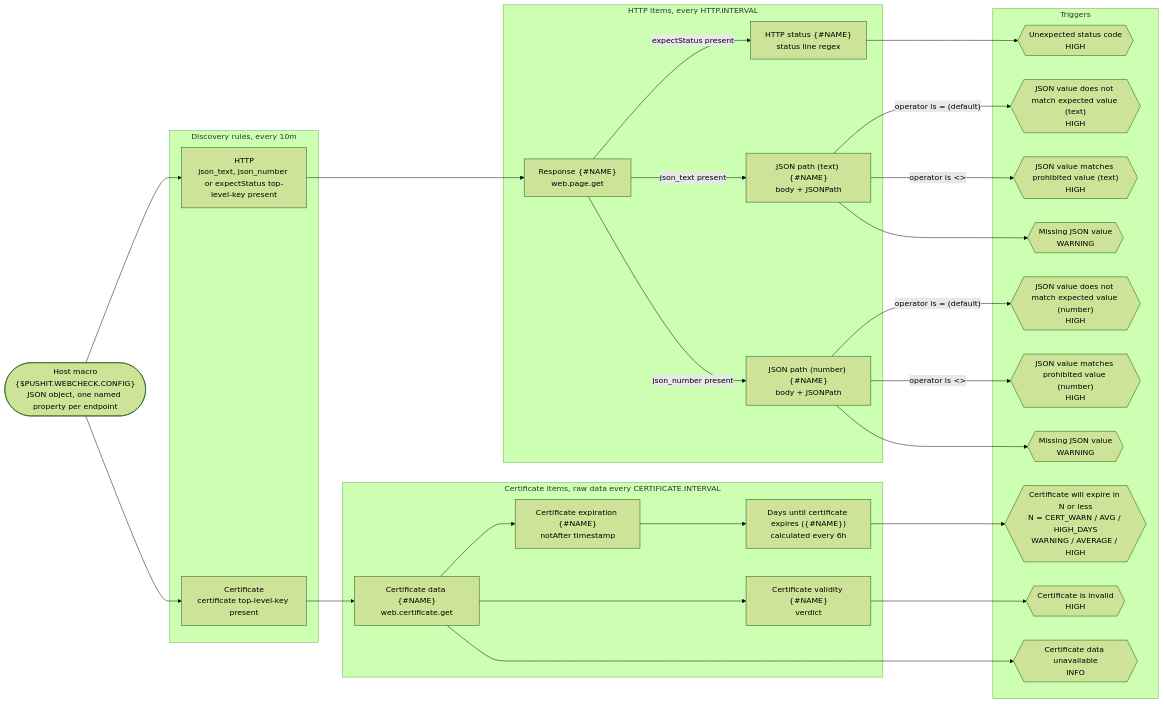
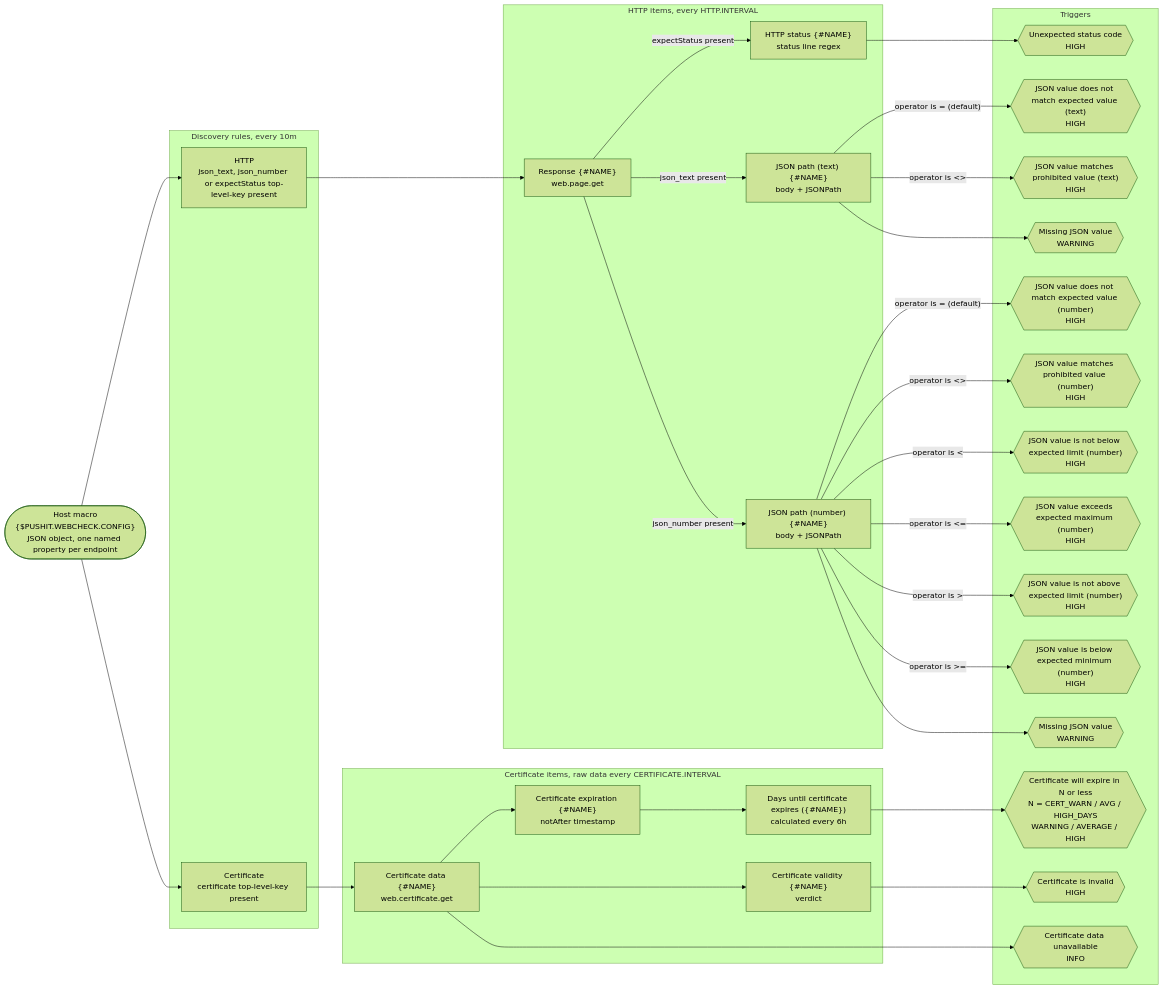
Before and after one commit to we-push-it/zabbix-web-check: the diagram in README.md, drawn with Mermaid (forest theme). The commit also changed other lines of this file and 3 other files, not shown here.

````diff
--- a/README.md
+++ b/README.md
@@ -52,55 +52,63 @@
 ```mermaid
 flowchart LR
     CFG(["Host macro<br/>{$PUSHIT.WEBCHECK.CONFIG}<br/>JSON object, one named property per endpoint"])
 
     subgraph DISCOVERY ["Discovery rules, every 10m"]
         DRULE_HTTP["HTTP<br/>json_text, json_number or expectStatus top-level-key present"]
         DRULE_CERT["Certificate<br/>certificate top-level-key present"]
     end
 
     subgraph HTTP ["HTTP items, every HTTP.INTERVAL"]
         ITM_HTTP_RAW["Response {#NAME}<br/>web.page.get"]
         ITM_HTTP_STATUS["HTTP status {#NAME}<br/>status line regex"]
         ITM_JSON_TXT["JSON path (text) {#NAME}<br/>body + JSONPath"]
         ITM_JSON_NUM["JSON path (number) {#NAME}<br/>body + JSONPath"]
     end
 
     subgraph CERTIFICATE ["Certificate items, raw data every CERTIFICATE.INTERVAL"]
         ITM_CERT_RAW["Certificate data {#NAME}<br/>web.certificate.get"]
         ITM_CERT_NOT_AFTER["Certificate expiration {#NAME}<br/>notAfter timestamp"]
         ITM_CERT_VALIDITY["Certificate validity {#NAME}<br/>verdict"]
         ITM_CERT_DAYS_REMAIN["Days until certificate expires ({#NAME})<br/>calculated every 6h"]
     end
 
     subgraph TRG ["Triggers"]
         TRG_STATUS_NOT_MATCH{{"Unexpected status code<br/>HIGH"}}
         TRG_TXT_NOT_MATCH{{"JSON value does not match expected value (text)<br/>HIGH"}}
         TRG_NUM_NOT_MATCH{{"JSON value does not match expected value (number)<br/>HIGH"}}
         TRG_TXT_MATCH{{"JSON value matches prohibited value (text)<br/>HIGH"}}
         TRG_NUM_MATCH{{"JSON value matches prohibited value (number)<br/>HIGH"}}
+        TRG_NUM_LESS_THAN{{"JSON value is not below expected limit (number)<br/>HIGH"}}
+        TRG_NUM_LESS_OR_EQUAL{{"JSON value exceeds expected maximum (number)<br/>HIGH"}}
+        TRG_NUM_GREATER_THAN{{"JSON value is not above expected limit (number)<br/>HIGH"}}
+        TRG_NUM_GREATER_OR_EQUAL{{"JSON value is below expected minimum (number)<br/>HIGH"}}
         TRG_TXT_ABSENT{{"Missing JSON value<br/>WARNING"}}
         TRG_NUM_ABSENT{{"Missing JSON value<br/>WARNING"}}
         TRG_CERT_ABSENT{{"Certificate data unavailable<br/>INFO"}}
         TRG_CERT_INVALID{{"Certificate is invalid<br/>HIGH"}}
         TRG_CERT_EXPIRY{{"Certificate will expire in N or less<br/>N = CERT_WARN / AVG / HIGH_DAYS<br/>WARNING / AVERAGE / HIGH"}}
     end
 
     CFG --> DRULE_HTTP & DRULE_CERT
     DRULE_HTTP --> ITM_HTTP_RAW
     ITM_HTTP_RAW -->|expectStatus present| ITM_HTTP_STATUS
     ITM_HTTP_RAW -->|json_text present| ITM_JSON_TXT
     ITM_HTTP_RAW -->|json_number present| ITM_JSON_NUM
     DRULE_CERT --> ITM_CERT_RAW
     ITM_CERT_RAW --> ITM_CERT_NOT_AFTER & ITM_CERT_VALIDITY
     ITM_CERT_NOT_AFTER --> ITM_CERT_DAYS_REMAIN
     ITM_HTTP_STATUS --> TRG_STATUS_NOT_MATCH
     ITM_JSON_TXT -->|"operator is = (default)"| TRG_TXT_NOT_MATCH
     ITM_JSON_TXT -->|"operator is <>"| TRG_TXT_MATCH
     ITM_JSON_TXT --> TRG_TXT_ABSENT
     ITM_CERT_RAW --> TRG_CERT_ABSENT
     ITM_CERT_VALIDITY --> TRG_CERT_INVALID
     ITM_CERT_DAYS_REMAIN --> TRG_CERT_EXPIRY
     ITM_JSON_NUM -->|"operator is = (default)"| TRG_NUM_NOT_MATCH
     ITM_JSON_NUM -->|"operator is <>"| TRG_NUM_MATCH
+    ITM_JSON_NUM -->|"operator is <"| TRG_NUM_LESS_THAN
+    ITM_JSON_NUM -->|"operator is <="| TRG_NUM_LESS_OR_EQUAL
+    ITM_JSON_NUM -->|"operator is >"| TRG_NUM_GREATER_THAN
+    ITM_JSON_NUM -->|"operator is >="| TRG_NUM_GREATER_OR_EQUAL
     ITM_JSON_NUM --> TRG_NUM_ABSENT
 ```
````
